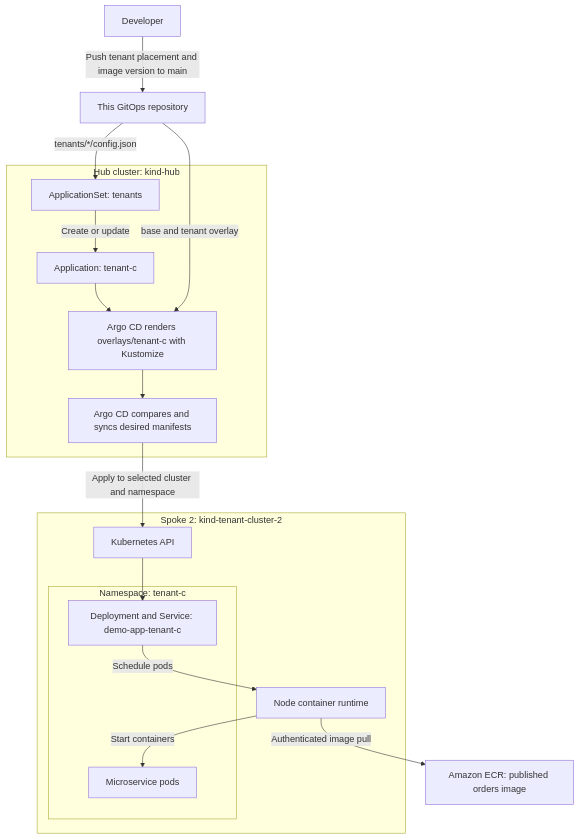
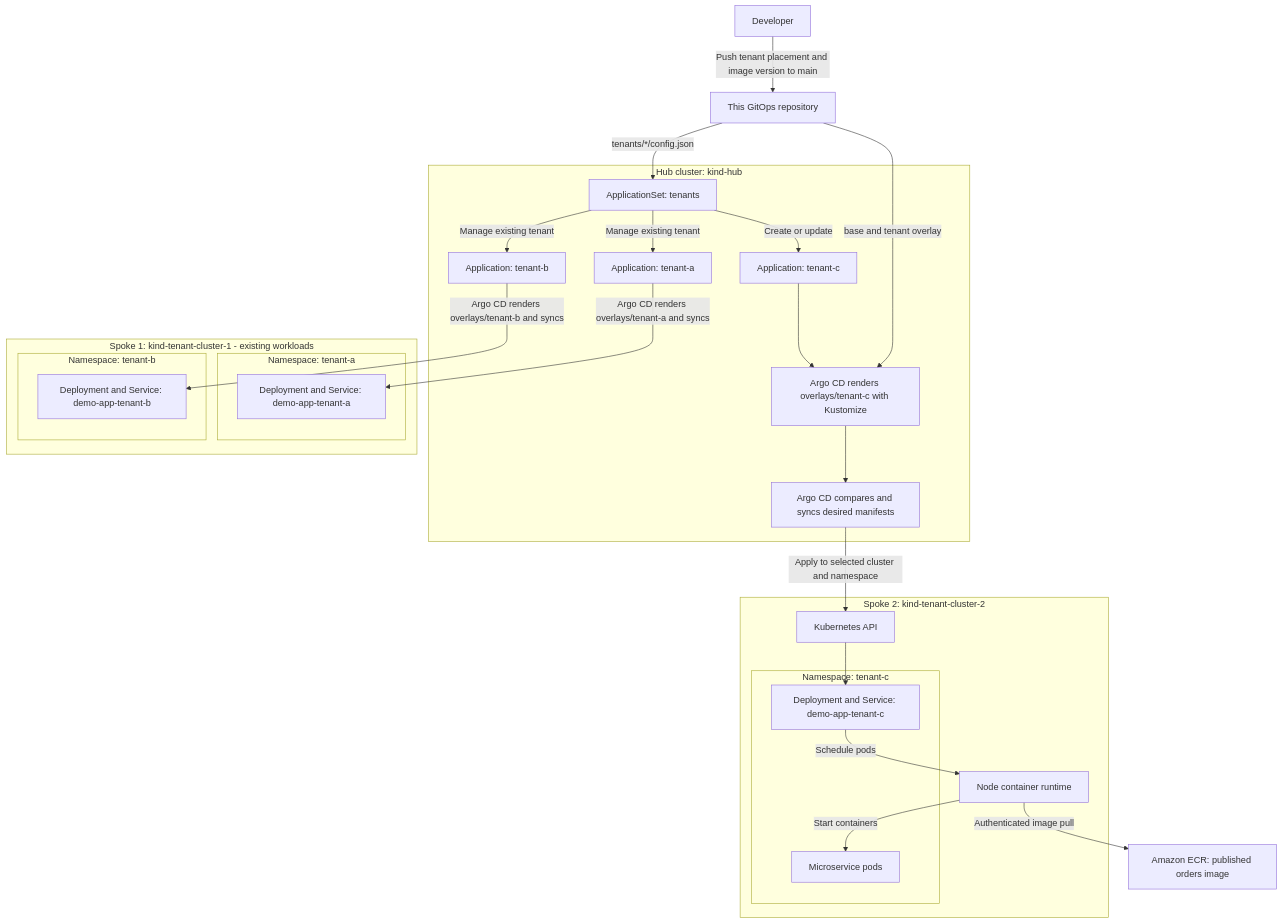
The second of 2 diagrams in docs/deploy.md (vamsee/k8s-hub-spoke), drawn with Mermaid before and after one commit. The commit also changed other lines of this file, not shown here.

Commit message:
let's get spoke 1 represented

````diff
--- a/docs/deploy.md
+++ b/docs/deploy.md
@@ -44,31 +44,47 @@
 ```mermaid
 flowchart TB
     developer["Developer"] -->|Push tenant placement and image version to main| git["This GitOps repository"]
 
     subgraph hub["Hub cluster: kind-hub"]
         appset["ApplicationSet: tenants"]
+        app_a["Application: tenant-a"]
+        app_b["Application: tenant-b"]
         app["Application: tenant-c"]
         render["Argo CD renders overlays/tenant-c with Kustomize"]
         sync["Argo CD compares and syncs desired manifests"]
         appset -->|Create or update| app
+        appset -->|Manage existing tenant| app_a
+        appset -->|Manage existing tenant| app_b
         app --> render --> sync
     end
 
     git -->|tenants/*/config.json| appset
     git -->|base and tenant overlay| render
+
+    subgraph spoke1["Spoke 1: kind-tenant-cluster-1 - existing workloads"]
+        subgraph tenant_a["Namespace: tenant-a"]
+            workload_a["Deployment and Service: demo-app-tenant-a"]
+        end
+        subgraph tenant_b["Namespace: tenant-b"]
+            workload_b["Deployment and Service: demo-app-tenant-b"]
+        end
+    end
+
+    app_a -->|Argo CD renders overlays/tenant-a and syncs| workload_a
+    app_b -->|Argo CD renders overlays/tenant-b and syncs| workload_b
 
     subgraph spoke["Spoke 2: kind-tenant-cluster-2"]
         api["Kubernetes API"]
         runtime["Node container runtime"]
         subgraph tenant["Namespace: tenant-c"]
             workload["Deployment and Service: demo-app-tenant-c"]
             pods["Microservice pods"]
         end
         api --> workload
         workload -->|Schedule pods| runtime
         runtime -->|Start containers| pods
     end
 
     sync -->|Apply to selected cluster and namespace| api
     runtime -->|Authenticated image pull| ecr["Amazon ECR: published orders image"]
 ```
````
